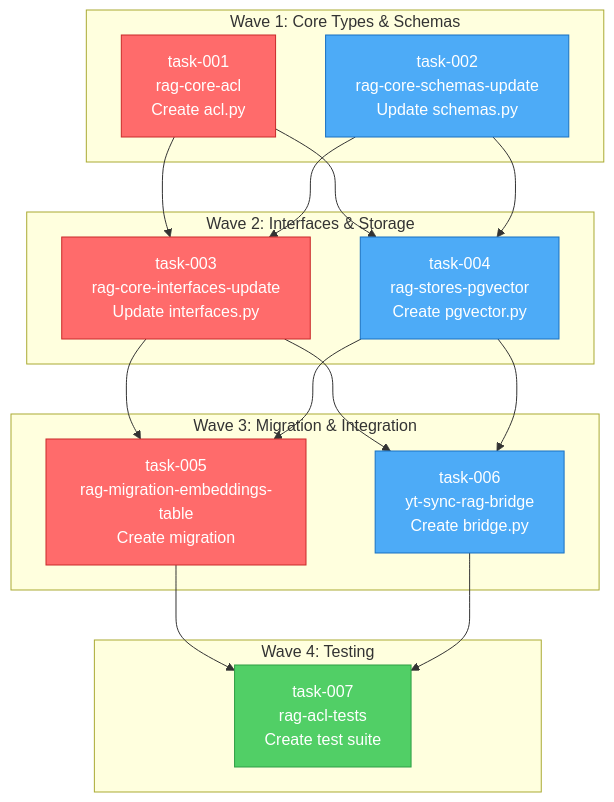
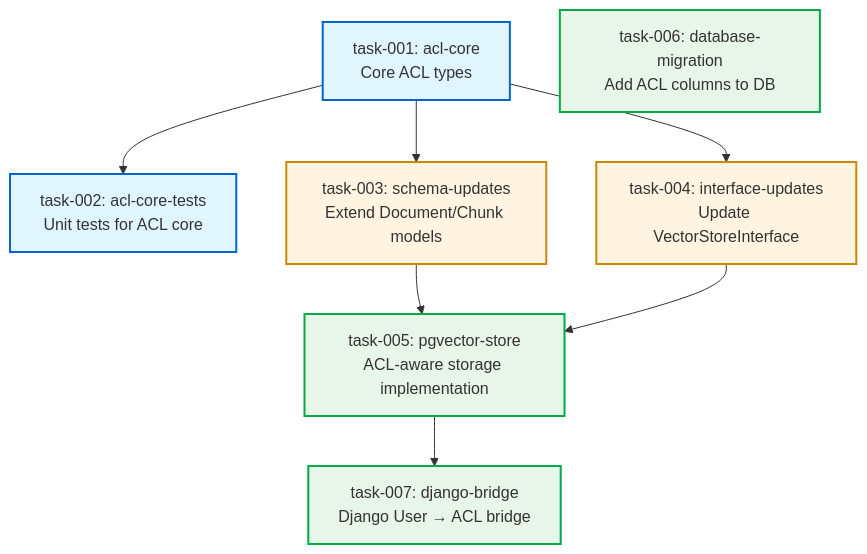
The diagram in parallel/TS-0001-rag-acl-management/task-graph.md (jpoutrin/content-sync-service), drawn with Mermaid before and after one commit. The commit also changed other lines of this file and 14 other files, not shown here.

First line of the commit message:
refactor(parallel): streamline TS-0001 task decomposition

````diff
--- a/parallel/TS-0001-rag-acl-management/task-graph.md
+++ b/parallel/TS-0001-rag-acl-management/task-graph.md
@@ -7,42 +5,32 @@
 ```mermaid
-flowchart TB
-    subgraph Wave1["Wave 1: Core Types & Schemas"]
-        T001["task-001<br/>rag-core-acl<br/>Create acl.py"]
-        T002["task-002<br/>rag-core-schemas-update<br/>Update schemas.py"]
-    end
+graph TD
+    %% Wave 1: Foundation
+    T001[task-001: acl-core<br/>Core ACL types]
+    T002[task-002: acl-core-tests<br/>Unit tests for ACL core]
 
-    subgraph Wave2["Wave 2: Interfaces & Storage"]
-        T003["task-003<br/>rag-core-interfaces-update<br/>Update interfaces.py"]
-        T004["task-004<br/>rag-stores-pgvector<br/>Create pgvector.py"]
-    end
+    %% Wave 2: Schema & Interface
+    T003[task-003: schema-updates<br/>Extend Document/Chunk models]
+    T004[task-004: interface-updates<br/>Update VectorStoreInterface]
 
-    subgraph Wave3["Wave 3: Migration & Integration"]
-        T005["task-005<br/>rag-migration-embeddings-table<br/>Create migration"]
-        T006["task-006<br/>yt-sync-rag-bridge<br/>Create bridge.py"]
-    end
+    %% Wave 3: Implementation
+    T005[task-005: pgvector-store<br/>ACL-aware storage implementation]
+    T006[task-006: database-migration<br/>Add ACL columns to DB]
+    T007[task-007: django-bridge<br/>Django User → ACL bridge]
 
-    subgraph Wave4["Wave 4: Testing"]
-        T007["task-007<br/>rag-acl-tests<br/>Create test suite"]
-    end
-
+    %% Dependencies
+    T001 --> T002
     T001 --> T003
     T001 --> T004
-    T002 --> T003
-    T002 --> T004
+    T003 --> T005
+    T004 --> T005
+    T005 --> T007
 
-    T003 --> T005
-    T003 --> T006
-    T004 --> T005
-    T004 --> T006
+    %% Wave styling
+    classDef wave1 fill:#e1f5ff,stroke:#0066cc,stroke-width:2px
+    classDef wave2 fill:#fff4e1,stroke:#cc8800,stroke-width:2px
+    classDef wave3 fill:#e8f5e9,stroke:#00aa44,stroke-width:2px
 
-    T005 --> T007
-    T006 --> T007
-
-    classDef critical fill:#ff6b6b,stroke:#c92a2a,color:#fff
-    classDef parallel fill:#4dabf7,stroke:#1971c2,color:#fff
-    classDef final fill:#51cf66,stroke:#2f9e44,color:#fff
-
-    class T001,T003,T005,T007 critical
-    class T002,T004,T006 parallel
-    class T007 final
+    class T001,T002 wave1
+    class T003,T004 wave2
+    class T005,T006,T007 wave3
 ```
````
